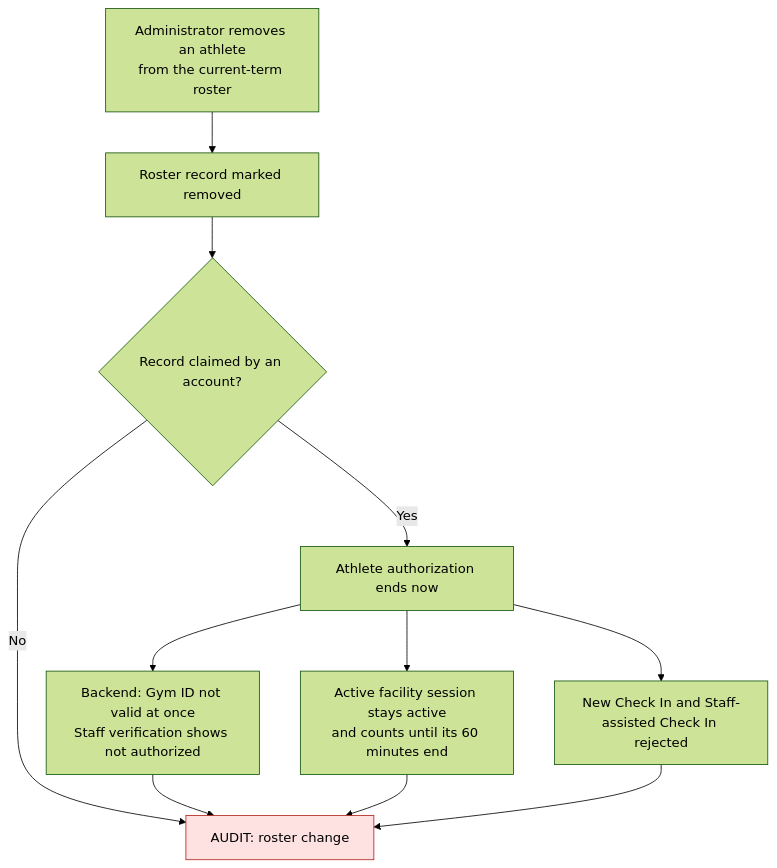
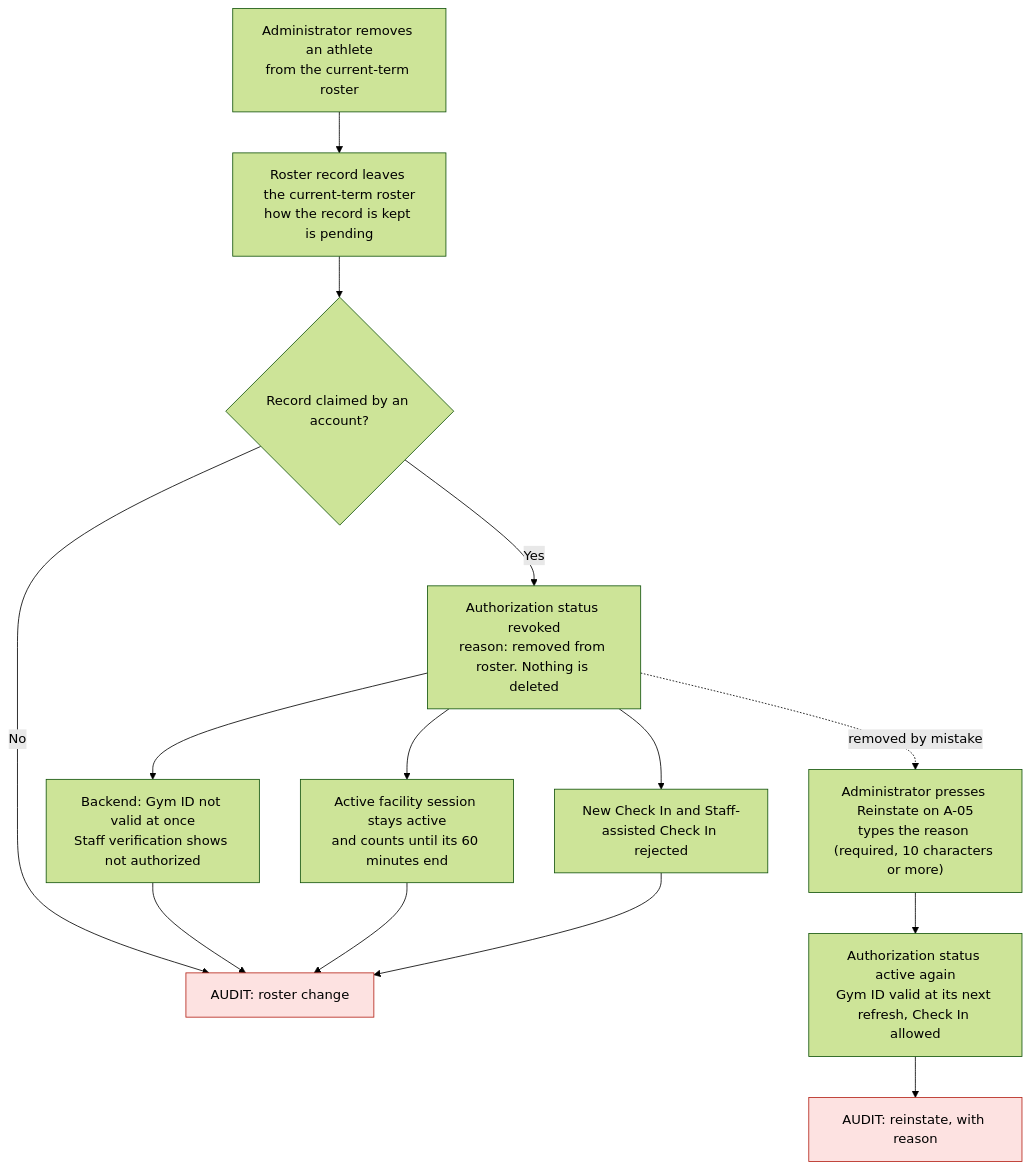
One commit to Th3-Minorities/natatorio-gym-app changed diagram 11 of 17 in docs/design/admin-flows.md. Above: the diagram before and after it, drawn with Mermaid (forest theme). The commit also changed other lines of this file, not shown here.

Commit message:
Apply the design review decisions to the administration flows

````diff
--- a/docs/design/admin-flows.md
+++ b/docs/design/admin-flows.md
@@ -310,16 +333,19 @@
 ```mermaid
 flowchart TD
-  R0["Administrator removes an athlete<br/>from the current-term roster"] --> R1["Roster record marked removed"]
+  R0["Administrator removes an athlete<br/>from the current-term roster"] --> R1["Roster record leaves the current-term roster<br/>how the record is kept is pending"]
   R1 --> R2{"Record claimed by an account?"}
   R2 -->|"No"| R8["AUDIT: roster change"]
-  R2 -->|"Yes"| R3["Athlete authorization ends now"]
+  R2 -->|"Yes"| R3["Authorization status revoked<br/>reason: removed from roster. Nothing is deleted"]
   R3 --> R4["Backend: Gym ID not valid at once<br/>Staff verification shows not authorized"]
   R3 --> R5["Active facility session stays active<br/>and counts until its 60 minutes end"]
   R3 --> R6["New Check In and Staff-assisted Check In rejected"]
   R4 --> R8
   R5 --> R8
   R6 --> R8
+  R3 -.->|"removed by mistake"| R9
+  R9["Administrator presses Reinstate on A-05<br/>types the reason (required, 10 characters or more)"] --> R10["Authorization status active again<br/>Gym ID valid at its next refresh, Check In allowed"]
+  R10 --> R11["AUDIT: reinstate, with reason"]
 
   classDef audit fill:#fde2e1,stroke:#b42318,color:#000
-  class R8 audit
+  class R8,R11 audit
 ```
````
